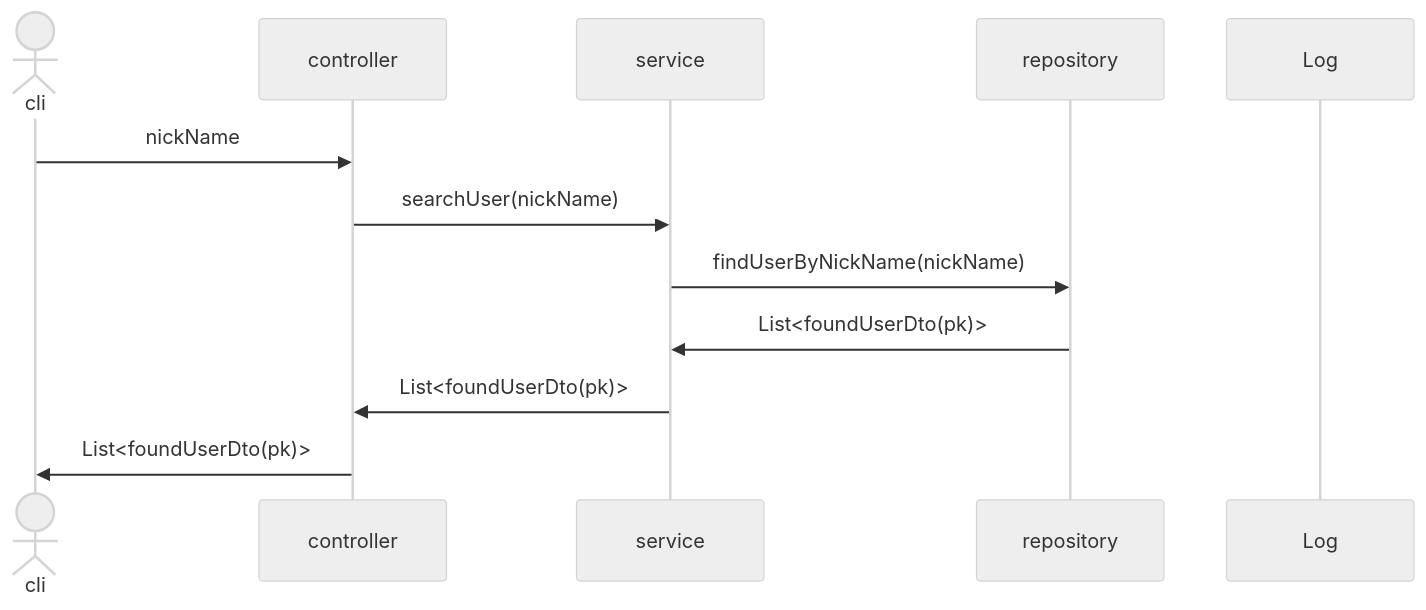
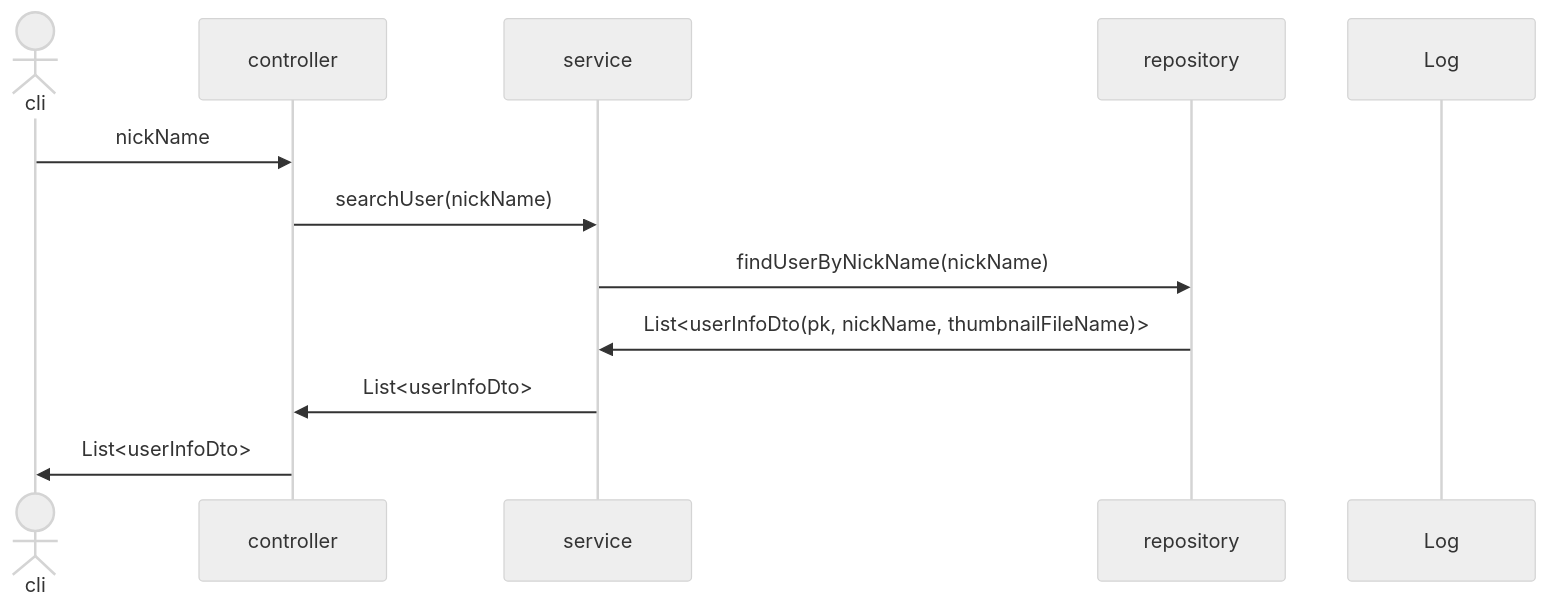
The ninth of 26 diagrams in sequence.md (mtak0235/snsX), drawn with Mermaid (neutral theme) before and after one commit. The commit also changed other lines of this file, not shown here.

Commit message:
update searchLostUserEmail sequence diagram

````diff
--- a/sequence.md
+++ b/sequence.md
@@ -160,15 +160,15 @@
 ```mermaid
 sequenceDiagram
 actor cli
 participant c as controller
 participant s as service
 participant r as repository
 participant l as Log
 
 cli->>c: nickName
 c->>s: searchUser(nickName)
 s->>r: findUserByNickName(nickName)
-r->>s: List<foundUserDto(pk)>
-s->>c: List<foundUserDto(pk)>
-c->>cli: List<foundUserDto(pk)>
+r->>s: List<userInfoDto(pk, nickName, thumbnailFileName)>
+s->>c: List<userInfoDto>
+c->>cli: List<userInfoDto>
 ```
````
